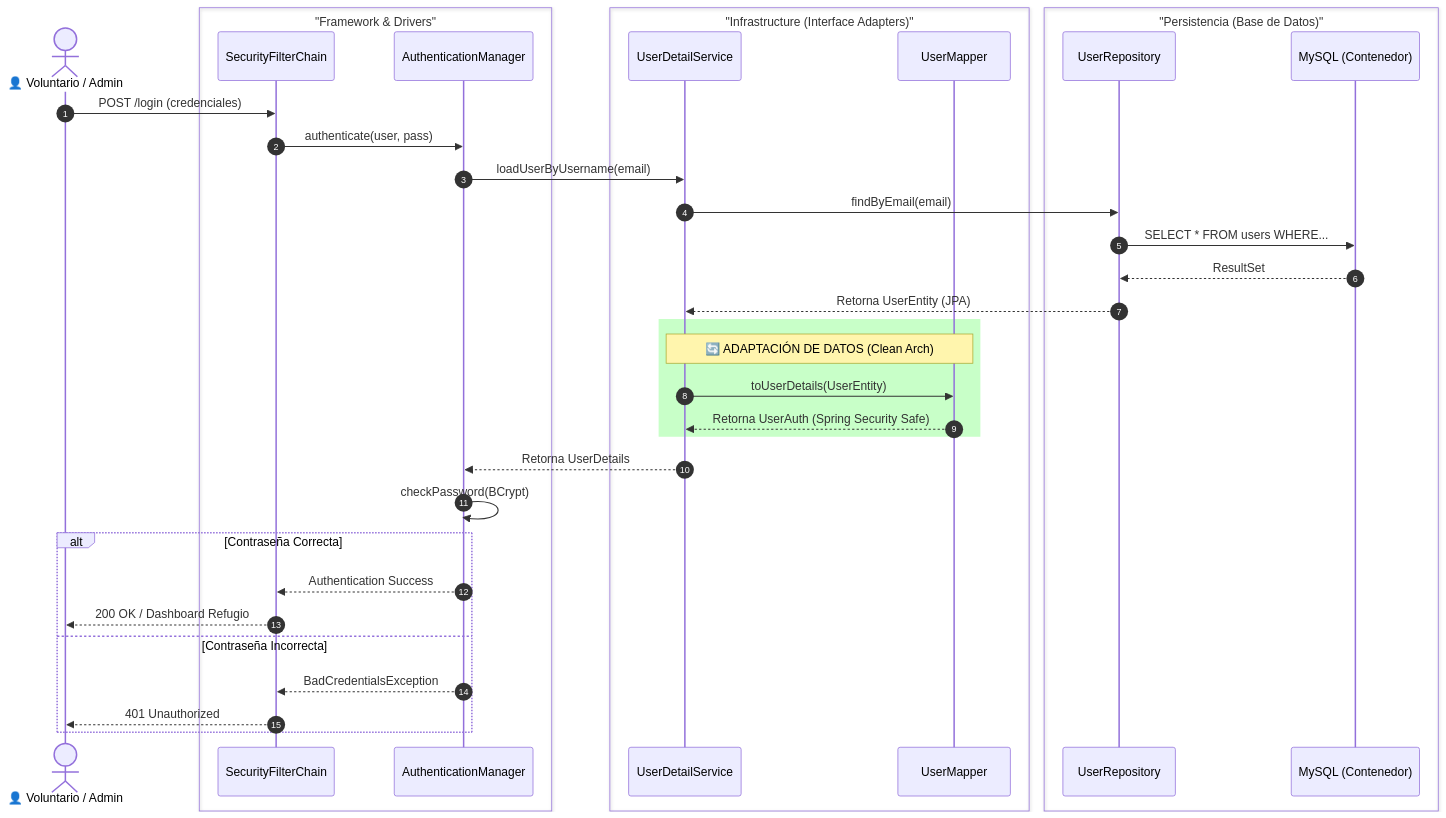
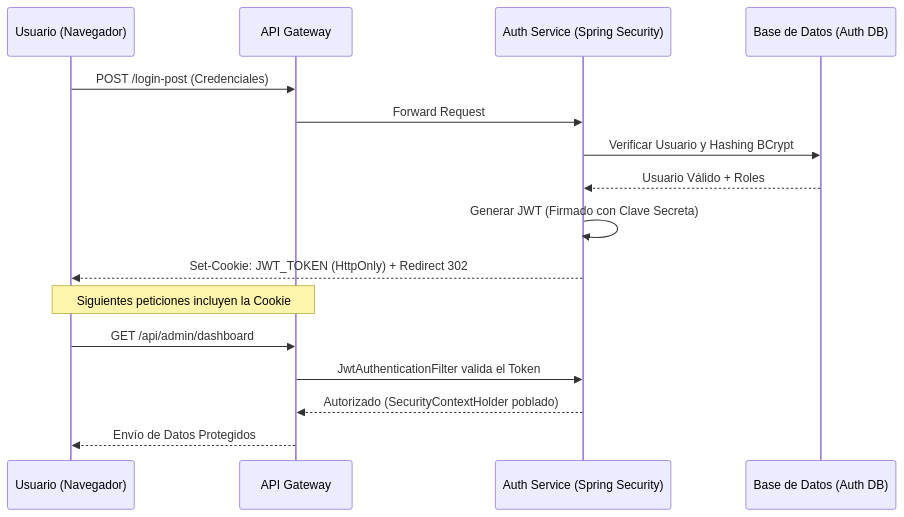
One commit to Elibo93/RefugioAnimales changed the diagram in doc/seguridad.md. Above: the diagram before and after it, drawn with Mermaid. The commit also changed other lines of this file and 13 other files, not shown here.

````diff
--- a/doc/seguridad.md
+++ b/doc/seguridad.md
@@ -32,49 +41,21 @@
 ```mermaid
 sequenceDiagram
-    autonumber
+    participant U as Usuario (Navegador)
+    participant G as API Gateway
+    participant A as Auth Service (Spring Security)
+    participant D as Base de Datos (Auth DB)
+
+    U->>G: POST /login-post (Credenciales)
+    G->>A: Forward Request
+    A->>D: Verificar Usuario y Hashing BCrypt
+    D-->>A: Usuario Válido + Roles
+    A->>A: Generar JWT (Firmado con Clave Secreta)
+    A-->>U: Set-Cookie: JWT_TOKEN (HttpOnly) + Redirect 302
     
-    actor User as 👤 Voluntario / Admin
+    Note over U, G: Siguientes peticiones incluyen la Cookie
     
-    box "Framework & Drivers" #f9f9f9
-        participant Filter as SecurityFilterChain
-        participant AuthMgr as AuthenticationManager
-    end
-    
-    box "Infrastructure (Interface Adapters)" #e8f8f5
-        participant Service as UserDetailService
-        participant Mapper as UserMapper
-    end
-    
-    box "Persistencia (Base de Datos)" #fff5e6
-        participant Repo as UserRepository
-        participant DB as MySQL (Contenedor)
-    end
-
-    %% Flujo
-    User->>Filter: POST /login (credenciales)
-    Filter->>AuthMgr: authenticate(user, pass)
-    
-    AuthMgr->>Service: loadUserByUsername(email)
-    
-    Service->>Repo: findByEmail(email)
-    Repo->>DB: SELECT * FROM users WHERE...
-    DB-->>Repo: ResultSet
-    Repo-->>Service: Retorna UserEntity (JPA)
-    
-    rect rgb(200, 255, 200)
-        Note over Service, Mapper: 🔄 ADAPTACIÓN DE DATOS (Clean Arch)
-        Service->>Mapper: toUserDetails(UserEntity)
-        Mapper-->>Service: Retorna UserAuth (Spring Security Safe)
-    end
-    
-    Service-->>AuthMgr: Retorna UserDetails
-    AuthMgr->>AuthMgr: checkPassword(BCrypt)
-    
-    alt Contraseña Correcta
-        AuthMgr-->>Filter: Authentication Success
-        Filter-->>User: 200 OK / Dashboard Refugio
-    else Contraseña Incorrecta
-        AuthMgr-->>Filter: BadCredentialsException
-        Filter-->>User: 401 Unauthorized
-    end
+    U->>G: GET /api/admin/dashboard
+    G->>A: JwtAuthenticationFilter valida el Token
+    A-->>G: Autorizado (SecurityContextHolder poblado)
+    G-->>U: Envío de Datos Protegidos
 ```
````
